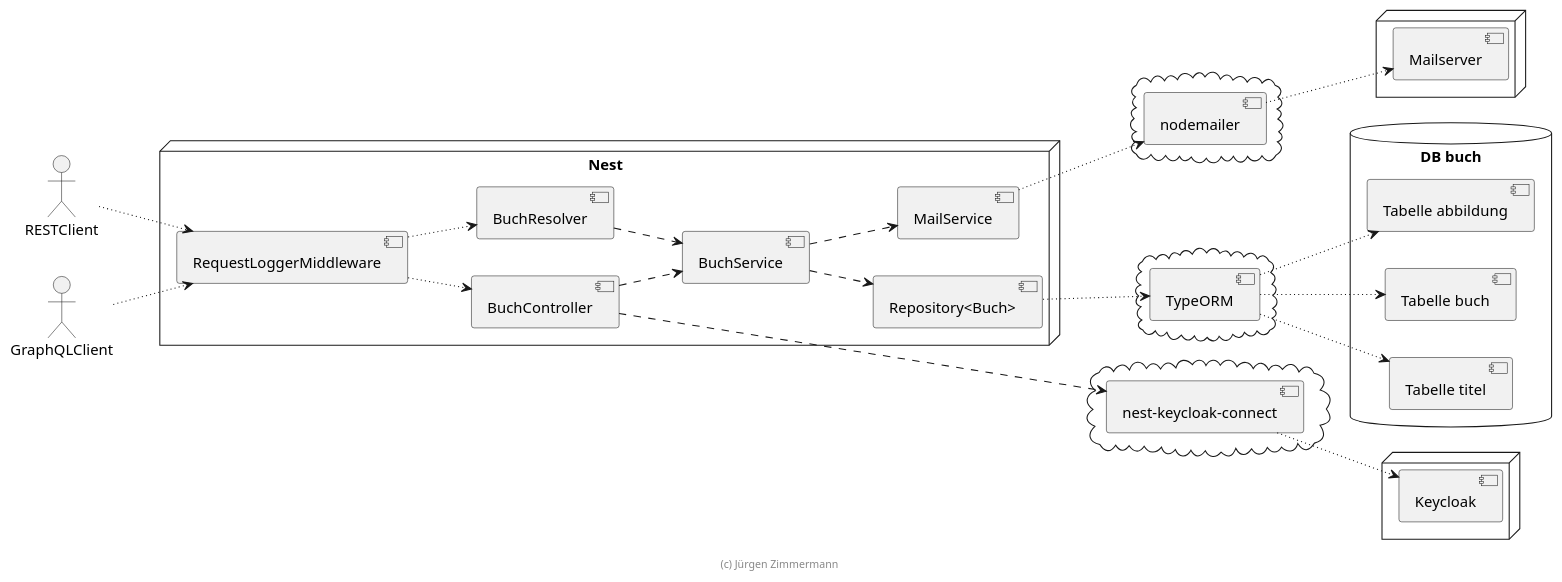
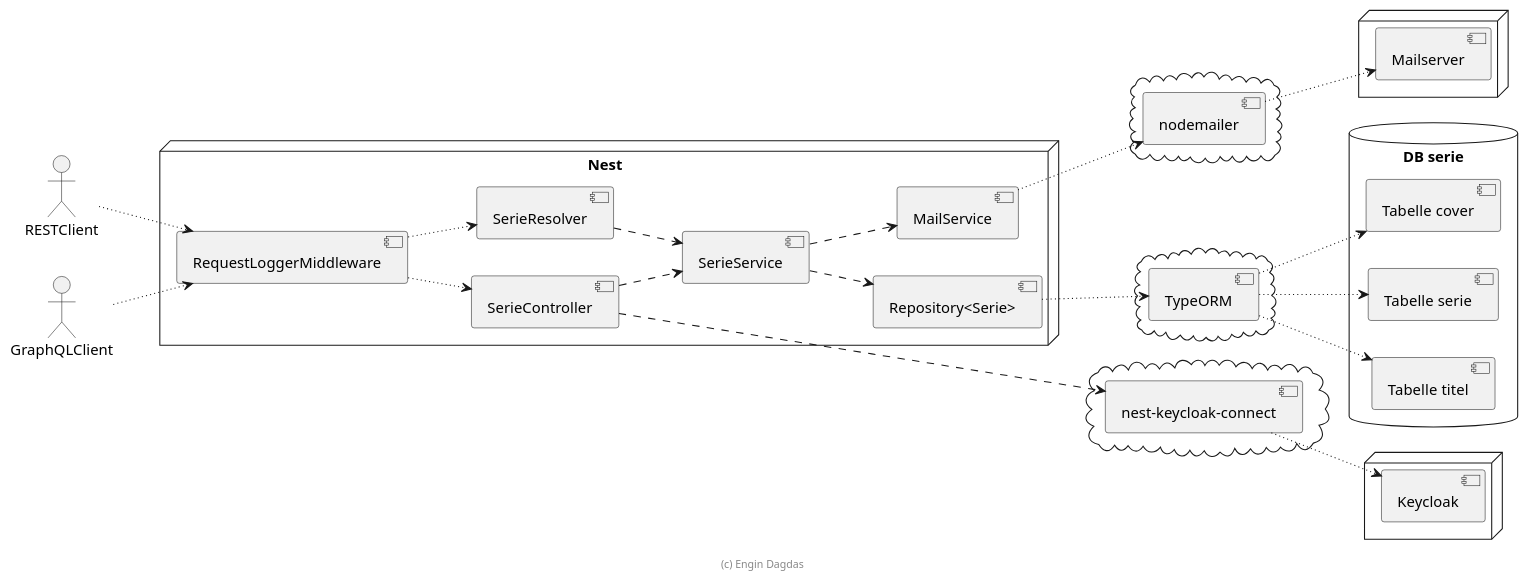
Before and after one commit to MidnightBlue25/serie: the diagram in .extras/doc/projekthandbuch/komponenten.plantuml, drawn with PlantUML. The commit also changed 12 other files, not shown here.

Commit message:
Add plantuml files for Serie

```diff
--- a/.extras/doc/projekthandbuch/komponenten.plantuml
+++ b/.extras/doc/projekthandbuch/komponenten.plantuml
@@ -18,74 +18,74 @@
 @startuml Komponenten
 
 left to right direction
 
 actor RESTClient
 actor GraphQLClient
 
 node "Nest" {
   [RequestLoggerMiddleware]
 
-  [BuchController]
-  [BuchResolver]
+  [SerieController]
+  [SerieResolver]
 
-  [BuchService]
+  [SerieService]
 
-  [Repository<Buch>]
+  [Repository<Serie>]
 
   [MailService]
 }
 
 
 cloud {
     [TypeORM]
 }
 
 cloud {
     [nest-keycloak-connect]
 }
 
 cloud {
     [nodemailer]
 }
 
-database "DB buch" {
-    [Tabelle buch]
+database "DB serie" {
+    [Tabelle serie]
     [Tabelle titel]
-    [Tabelle abbildung]
+    [Tabelle cover]
 }
 
 node {
     [Keycloak]
 }
 
 node {
     [Mailserver]
 }
 
 RESTClient ~~> [RequestLoggerMiddleware]
 GraphQLClient ~~> [RequestLoggerMiddleware]
 
-[RequestLoggerMiddleware] ~~> [BuchController]
-[RequestLoggerMiddleware] ~~> [BuchResolver]
+[RequestLoggerMiddleware] ~~> [SerieController]
+[RequestLoggerMiddleware] ~~> [SerieResolver]
 
-[BuchController] ..> [BuchService]
-[BuchResolver] ..> [BuchService]
-[BuchService] ..> [Repository<Buch>]
+[SerieController] ..> [SerieService]
+[SerieResolver] ..> [SerieService]
+[SerieService] ..> [Repository<Serie>]
 
-[Repository<Buch>] ~~> [TypeORM]
-[TypeORM] ~~> [Tabelle buch]
+[Repository<Serie>] ~~> [TypeORM]
+[TypeORM] ~~> [Tabelle serie]
 [TypeORM] ~~> [Tabelle titel]
-[TypeORM] ~~> [Tabelle abbildung]
+[TypeORM] ~~> [Tabelle cover]
 
-[BuchController] ..> [nest-keycloak-connect]
+[SerieController] ..> [nest-keycloak-connect]
 [nest-keycloak-connect] ~~> [Keycloak]
 
-[BuchService] ..> [MailService]
+[SerieService] ..> [MailService]
 [MailService] ~~> [nodemailer]
 [nodemailer] ~~> [Mailserver]
 
 [MailService] ~[hidden]~> [nest-keycloak-connect]
 
-footer (c) Jürgen Zimmermann
+footer (c) Engin Dagdas
 
 @enduml
```
